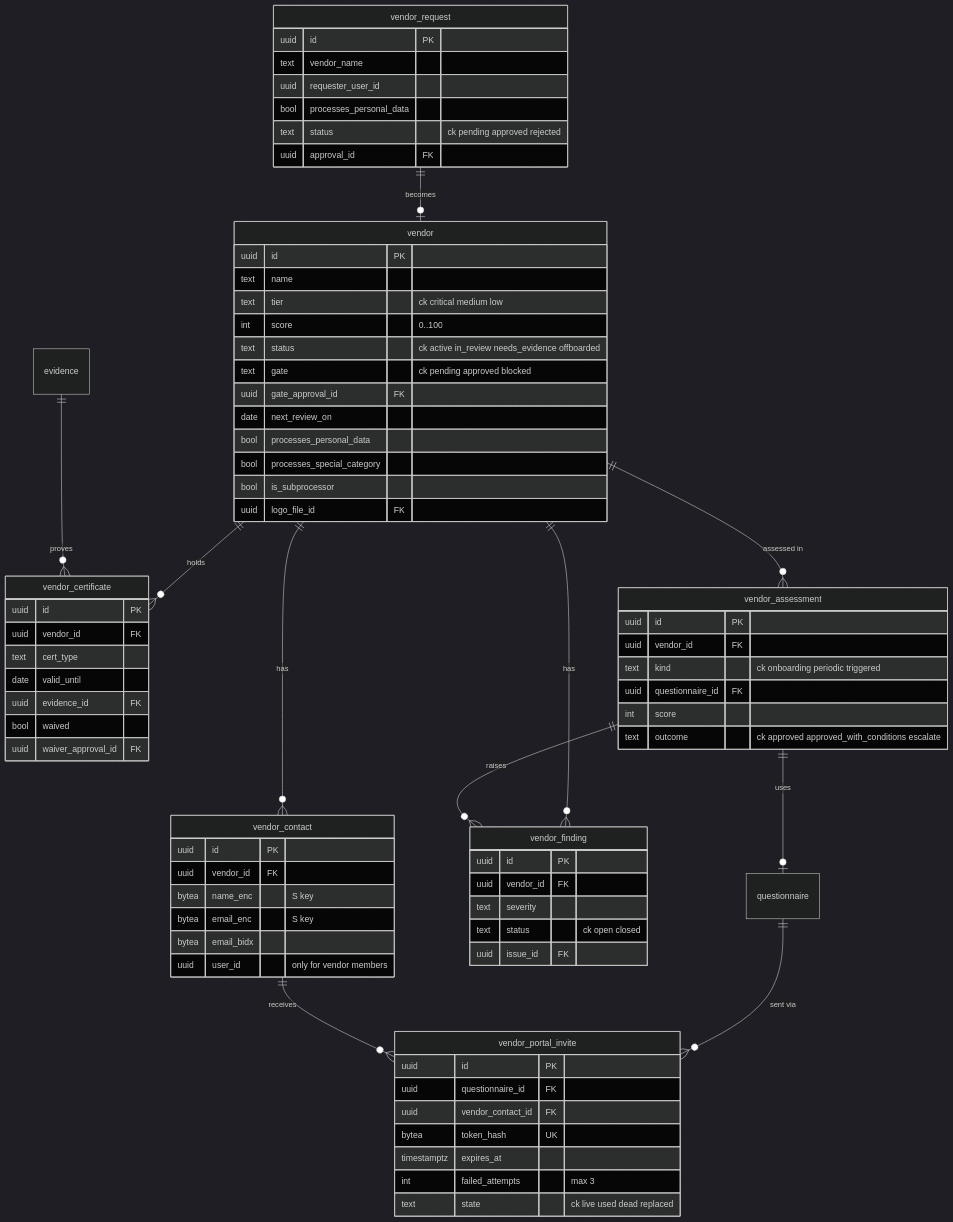
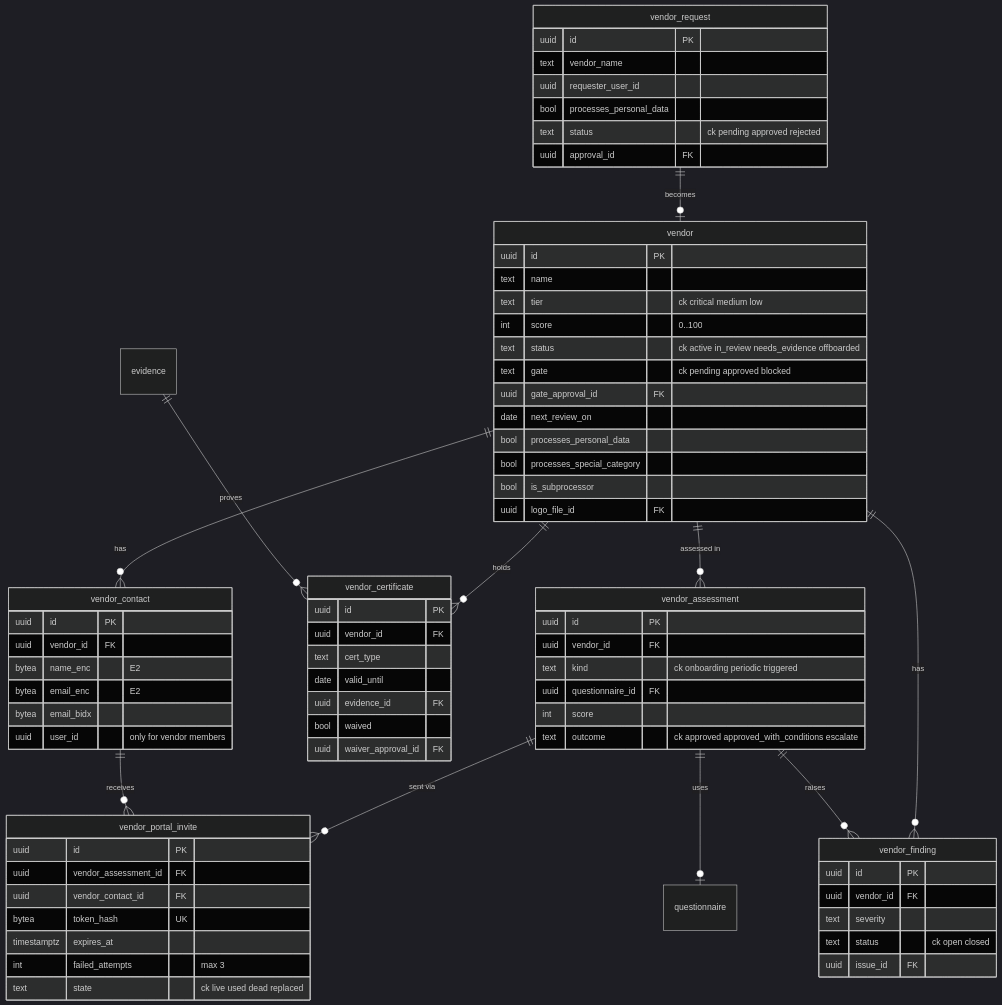
One commit to ShahidCS/Selvara changed the ninth of 27 diagrams in docs/architecture/backend-v2/phase2/2B-data-model.md. Above: the diagram before and after it, drawn with Mermaid (dark theme). The commit also changed other lines of this file and 8 other files, not shown here.

First line of the commit message:
docs(backend-v2): phase 3 revisions in progress (architecture, data model, registers)

````diff
--- a/docs/architecture/backend-v2/phase2/2B-data-model.md
+++ b/docs/architecture/backend-v2/phase2/2B-data-model.md
@@ -856,76 +859,76 @@
 ```mermaid
 erDiagram
   vendor_request ||--o| vendor : "becomes"
   vendor ||--o{ vendor_contact : has
   vendor ||--o{ vendor_certificate : holds
   vendor ||--o{ vendor_assessment : "assessed in"
   vendor ||--o{ vendor_finding : has
   vendor_assessment ||--o{ vendor_finding : raises
   vendor_assessment ||--o| questionnaire : uses
-  questionnaire ||--o{ vendor_portal_invite : "sent via"
+  vendor_assessment ||--o{ vendor_portal_invite : "sent via"
   vendor_contact ||--o{ vendor_portal_invite : receives
   evidence ||--o{ vendor_certificate : proves
   vendor {
     uuid id PK
     text name
     text tier "ck critical medium low"
     int score "0..100"
     text status "ck active in_review needs_evidence offboarded"
     text gate "ck pending approved blocked"
     uuid gate_approval_id FK
     date next_review_on
     bool processes_personal_data
     bool processes_special_category
     bool is_subprocessor
     uuid logo_file_id FK
   }
   vendor_contact {
     uuid id PK
     uuid vendor_id FK
-    bytea name_enc "S key"
-    bytea email_enc "S key"
+    bytea name_enc "E2"
+    bytea email_enc "E2"
     bytea email_bidx
     uuid user_id "only for vendor members"
   }
   vendor_certificate {
     uuid id PK
     uuid vendor_id FK
     text cert_type
     date valid_until
     uuid evidence_id FK
     bool waived
     uuid waiver_approval_id FK
   }
   vendor_assessment {
     uuid id PK
     uuid vendor_id FK
     text kind "ck onboarding periodic triggered"
     uuid questionnaire_id FK
     int score
     text outcome "ck approved approved_with_conditions escalate"
   }
   vendor_finding {
     uuid id PK
     uuid vendor_id FK
     text severity
     text status "ck open closed"
     uuid issue_id FK
   }
   vendor_request {
     uuid id PK
     text vendor_name
     uuid requester_user_id
     bool processes_personal_data
     text status "ck pending approved rejected"
     uuid approval_id FK
   }
   vendor_portal_invite {
     uuid id PK
-    uuid questionnaire_id FK
+    uuid vendor_assessment_id FK
     uuid vendor_contact_id FK
     bytea token_hash UK
     timestamptz expires_at
     int failed_attempts "max 3"
     text state "ck live used dead replaced"
   }
 ```
````
